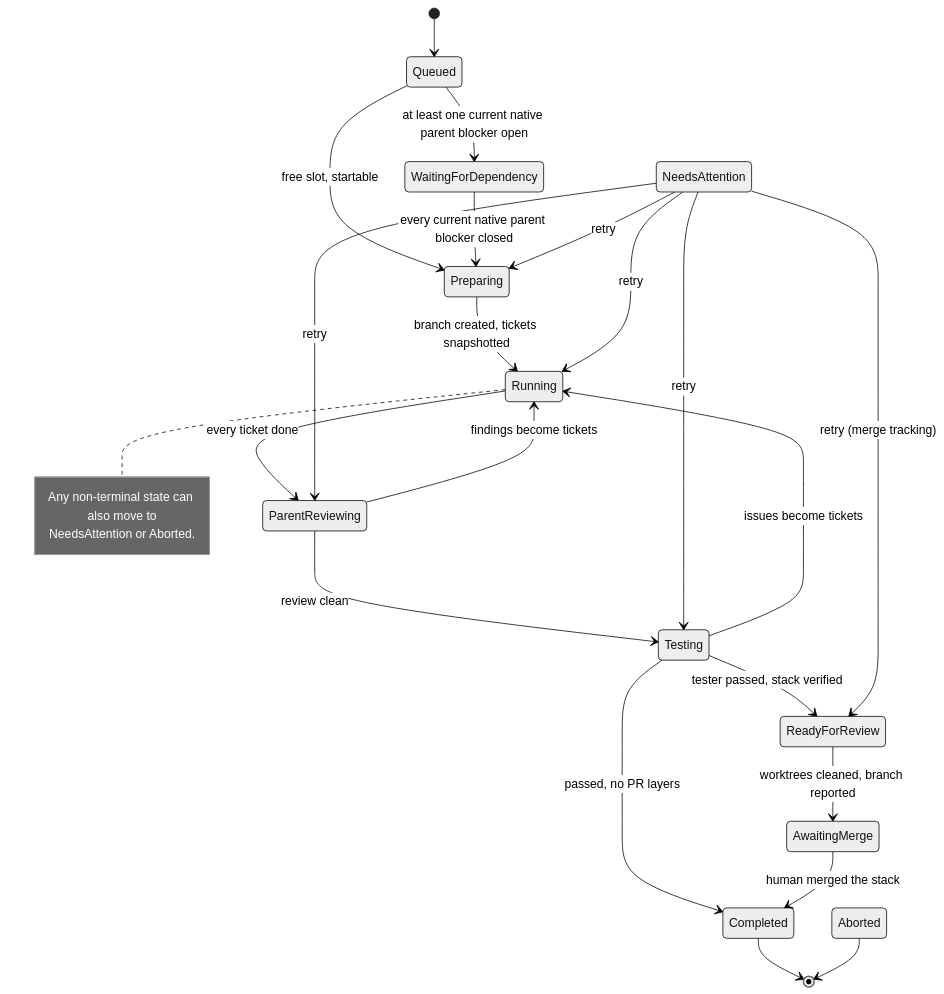
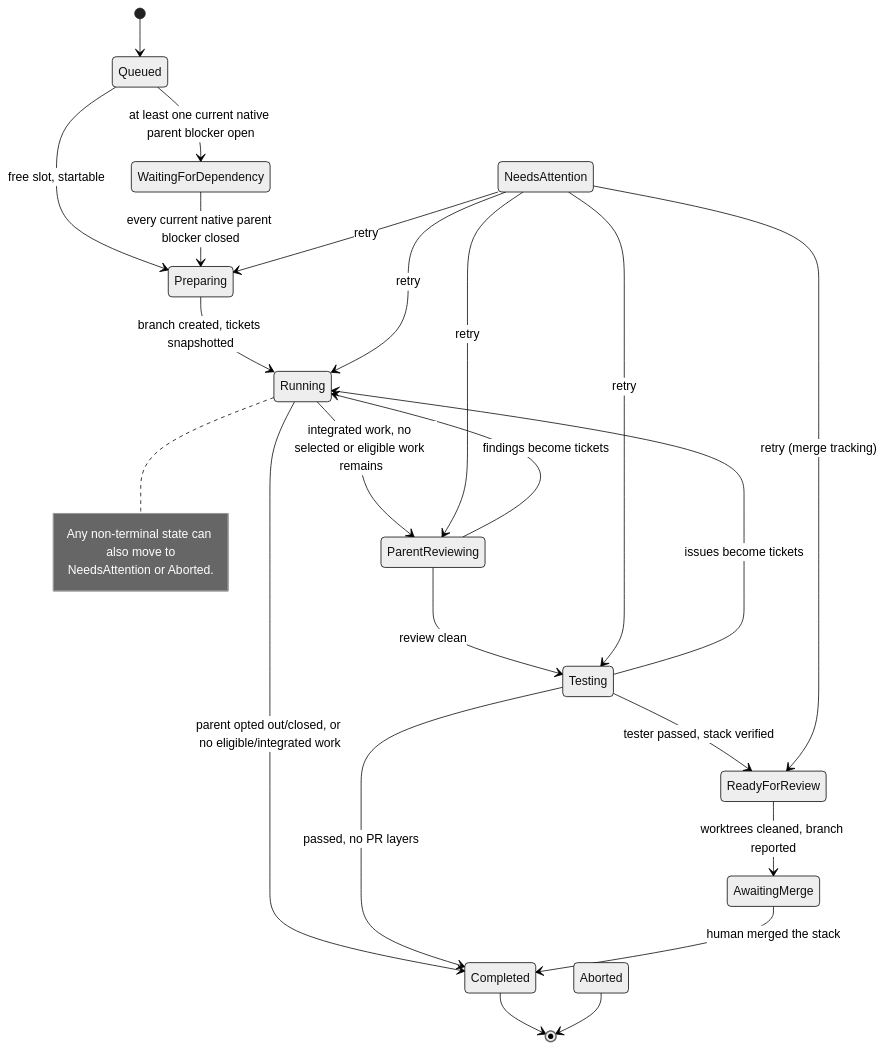
The second of 7 diagrams in docfx/developer-guide/run-lifecycle.md (FlorianAlbert/WebDevLoop), drawn with Mermaid (neutral theme) before and after one commit. The commit also changed other lines of this file and 57 other files, not shown here.

First line of the commit message:
Apply current WebDevLoop Opt-in to running work (#48)

````diff
--- a/docfx/developer-guide/run-lifecycle.md
+++ b/docfx/developer-guide/run-lifecycle.md
@@ -28,27 +28,28 @@
 ```mermaid
 stateDiagram-v2
     [*] --> Queued
     Queued --> WaitingForDependency: at least one current native parent blocker open
     Queued --> Preparing: free slot, startable
     WaitingForDependency --> Preparing: every current native parent blocker closed
     Preparing --> Running: branch created, tickets snapshotted
-    Running --> ParentReviewing: every ticket done
+    Running --> ParentReviewing: integrated work, no selected or eligible work remains
+    Running --> Completed: parent opted out/closed, or no eligible/integrated work
     ParentReviewing --> Running: findings become tickets
     ParentReviewing --> Testing: review clean
     Testing --> Running: issues become tickets
     Testing --> ReadyForReview: tester passed, stack verified
     Testing --> Completed: passed, no PR layers
     ReadyForReview --> AwaitingMerge: worktrees cleaned, branch reported
     AwaitingMerge --> Completed: human merged the stack
     NeedsAttention --> Preparing: retry
     NeedsAttention --> Running: retry
     NeedsAttention --> ParentReviewing: retry
     NeedsAttention --> Testing: retry
     NeedsAttention --> ReadyForReview: retry (merge tracking)
     Completed --> [*]
     Aborted --> [*]
     note right of Running
         Any non-terminal state can also move to
         NeedsAttention or Aborted.
     end note
 ```
````
